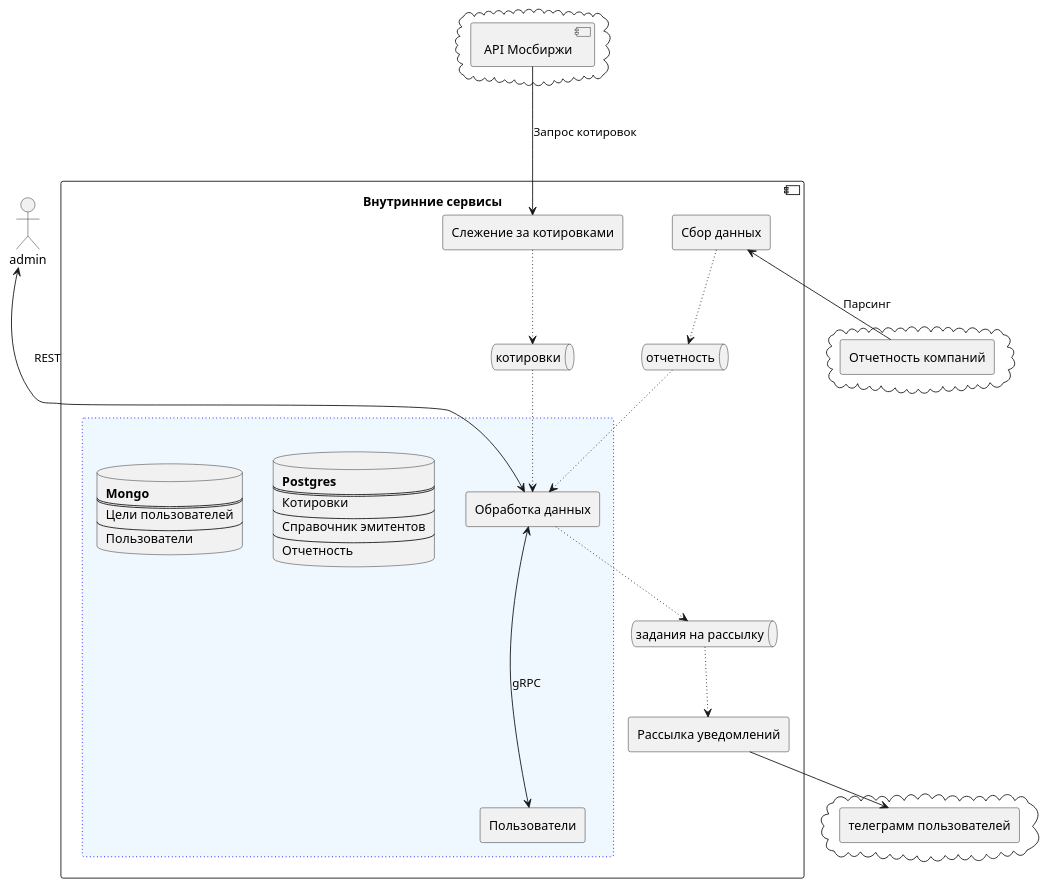
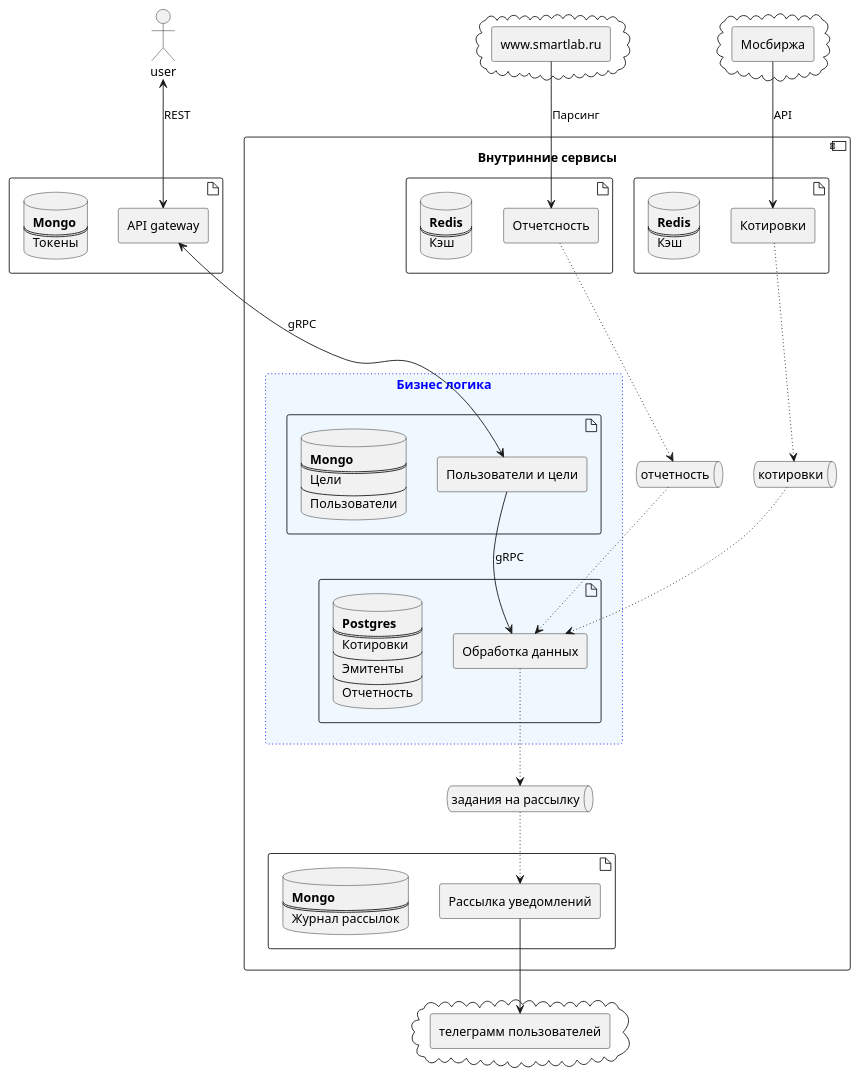
Before and after one commit to akolobaha/fin_quotes: the diagram in README.md, drawn with PlantUML. The commit also changed 8 other files, not shown here.

````diff
--- a/README.md
+++ b/README.md
@@ -29,76 +29,110 @@
 ```plantuml
 @startuml
-actor "admin" as actor
+actor "user" as actor
 
 component "Внутринние сервисы" as internal {
 
-agent "Слежение за котировками" as tracker
-
-rectangle rect_processing as " " #aliceblue;line:blue;line.dotted;text:blue {
-agent "Обработка данных" as processing 
-
-database database_processing [
-<b>Postgres
-====
-Котировки
-----
-Справочник эмитентов
-----
-Отчетность
-]
-
-agent "Пользователи" as users_service
-
-database database_user [
-<b>Mongo
-====
-Цели пользователей
-----
-Пользователи
-]
-
-}
-
-agent "Рассылка уведомлений" as notification
-
-agent "Сбор данных" as parser
-
-queue "отчетность" as rabbit_data
-queue "котировки" as rabbit_quotes 
-queue "задания на рассылку" as rabbit_notifications
+    artifact {
+        agent "Котировки" as tracker
+        database database_quotes [
+            <b>Redis
+            ====
+            Кэш
+        ]
+    }
+    
+    rectangle rect_processing as "Бизнес логика" #aliceblue;line:blue;line.dotted;text:blue {
+        artifact  {
+            agent "Обработка данных" as processing 
+            database database_processing [
+                <b>Postgres
+                ====
+                Котировки
+                ----
+                Эмитенты
+                ----
+                Отчетность
+            ]
+        }
+        
+        
+        artifact {
+            agent "Пользователи и цели" as users_service 
+            
+            database database_user [
+                <b>Mongo
+                ====
+                Цели
+                ----
+                Пользователи
+            ]
+        }
+    }
+    
+    
+    artifact {
+        agent "Рассылка уведомлений" as notification
+        database database_notification [
+                <b>Mongo
+                ====
+                Журнал рассылок
+            ]
+    }
+    
+    artifact { 
+        agent "Отчетсность" as parser
+        database database_parser [
+            <b>Redis
+            ====
+            Кэш
+        ]
+    }
+    
+    queue "отчетность" as rabbit_fundamentals
+    queue "котировки" as rabbit_quotes 
+    queue "задания на рассылку" as rabbit_notifications
 
 }
 
 cloud {
-component "API Мосбиржи" as market
+    agent "www.smartlab.ru" as externalData
+}
+
+artifact { 
+    agent "API gateway" as api_gateway
+    database database_auth[
+        <b>Mongo
+        ====
+        Токены
+    ] 
 }
 
 cloud {
-agent "телеграмм пользователей" as telegramm
+    agent "Мосбиржа" as market
 }
 
 cloud {
-agent "Отчетность компаний" as externalData
+    agent "телеграмм пользователей" as telegramm
 }
 
-parser<--externalData : Парсинг
+externalData --> parser: Парсинг
 
-tracker-[dotted]->rabbit_quotes
-
+tracker--[dotted]->rabbit_quotes
 rabbit_quotes-[dotted]->processing
 
-parser-[dotted]->rabbit_data
-rabbit_data-[dotted]->processing
+parser--[dotted]->rabbit_fundamentals
+rabbit_fundamentals-[dotted]->processing
 
 processing -[dotted]-> rabbit_notifications
 rabbit_notifications-[dotted]->notification
 
-processing <----> users_service : gRPC
+users_service --> processing : gRPC
 
-market--->tracker : "Запрос котировок"
+market-->tracker : "API"
 
 notification-->telegramm
 
-actor <---> processing : REST
+api_gateway <---> users_service : gRPC
+actor <--> api_gateway : REST
 @enduml
 ```
````
